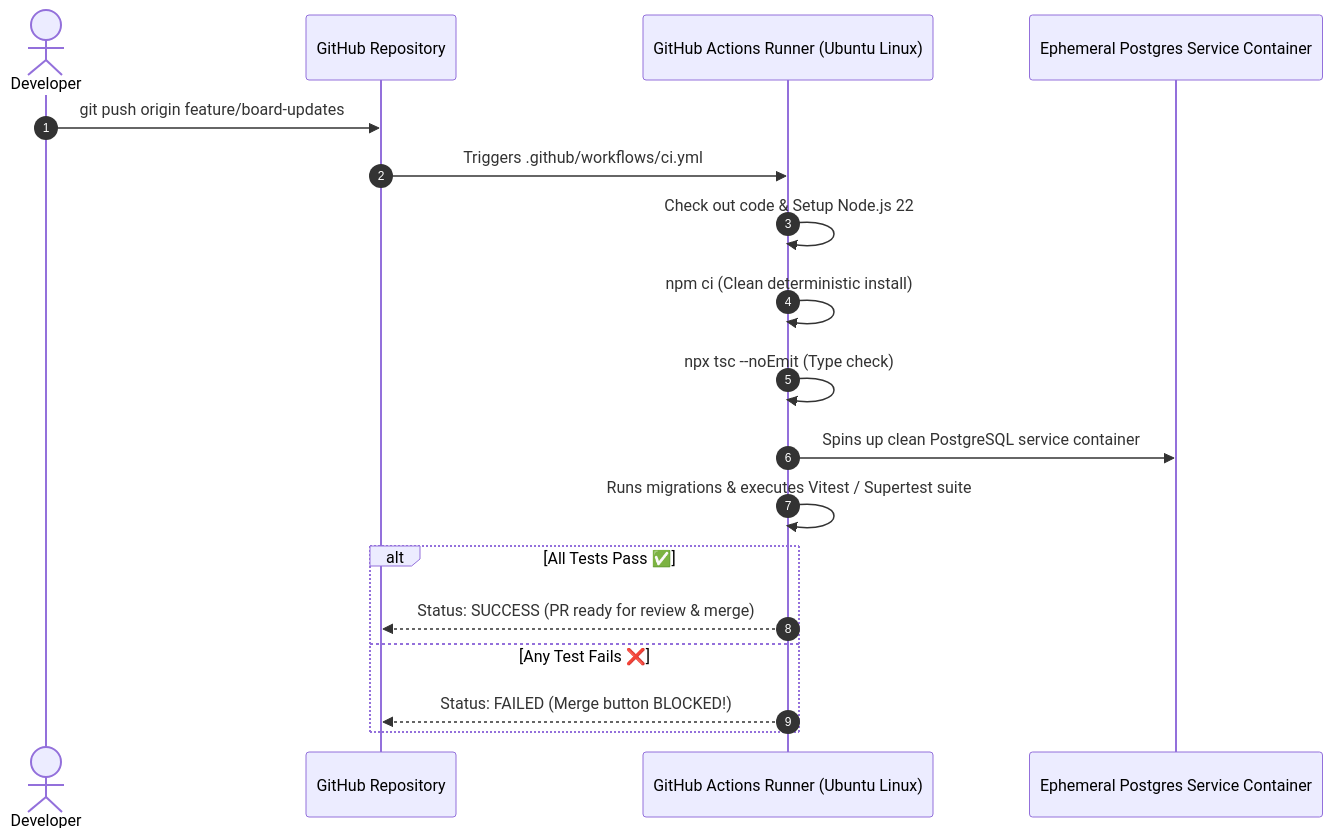
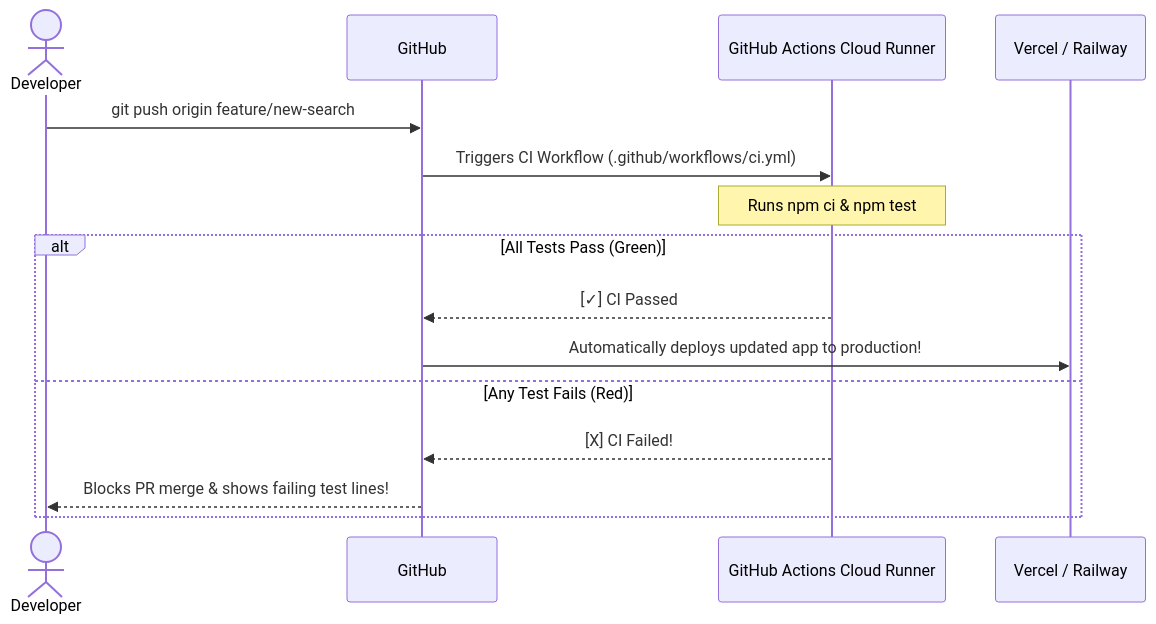
One commit to ajibolagenius/LagosDataSchool changed the third of 4 diagrams in full_stack_development_class_notes/Week 20_ Docker, CI-CD & Deployment.md. Above: the diagram before and after it, drawn with Mermaid. The commit also changed other lines of this file and 20 other files, not shown here.

````diff
--- a/full_stack_development_class_notes/Week 20_ Docker, CI-CD & Deployment.md
+++ b/full_stack_development_class_notes/Week 20_ Docker, CI-CD & Deployment.md
@@ -162,22 +152,18 @@
 ```mermaid
 sequenceDiagram
-    autonumber
     actor Developer
-    participant Git as GitHub Repository
-    participant Runner as GitHub Actions Runner (Ubuntu Linux)
-    participant Postgres as Ephemeral Postgres Service Container
+    participant GitHub
+    participant Runner as GitHub Actions Cloud Runner
+    participant Deploy as Vercel / Railway
 
-    Developer->>Git: git push origin feature/board-updates
-    Git->>Runner: Triggers .github/workflows/ci.yml
-    Runner->>Runner: Check out code & Setup Node.js 22
-    Runner->>Runner: npm ci (Clean deterministic install)
-    Runner->>Runner: npx tsc --noEmit (Type check)
-    Runner->>Postgres: Spins up clean PostgreSQL service container
-    Runner->>Runner: Runs migrations & executes Vitest / Supertest suite
-    
-    alt All Tests Pass ✅
-        Runner-->>Git: Status: SUCCESS (PR ready for review & merge)
-    else Any Test Fails ❌
-        Runner-->>Git: Status: FAILED (Merge button BLOCKED!)
+    Developer->>GitHub: git push origin feature/new-search
+    GitHub->>Runner: Triggers CI Workflow (.github/workflows/ci.yml)
+    Note over Runner: Runs npm ci & npm test
+    alt All Tests Pass (Green)
+        Runner-->>GitHub: [✓] CI Passed
+        GitHub->>Deploy: Automatically deploys updated app to production!
+    else Any Test Fails (Red)
+        Runner-->>GitHub: [X] CI Failed!
+        GitHub-->>Developer: Blocks PR merge & shows failing test lines!
     end
 ```
````
